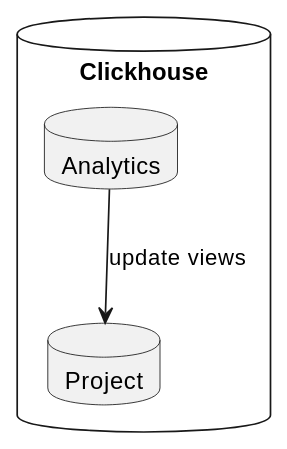
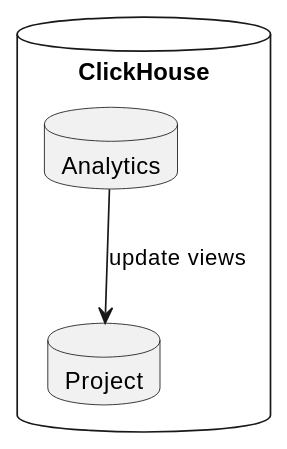
One commit to sergio-fry/slides changed the diagram in clickhouse/slides.md. Above: the diagram before and after it, drawn with PlantUML. The commit also changed other lines of this file and 1 other file, not shown here.

````diff
--- a/clickhouse/slides.md
+++ b/clickhouse/slides.md
@@ -81,10 +138,10 @@
 ```plantuml
 
-database Clickhouse  {
+database ClickHouse  {
   database "Project" as db.project
   database "Analytics" as db.analytics
 
   db.analytics --> db.project: update views
 }
 
 ```
````
